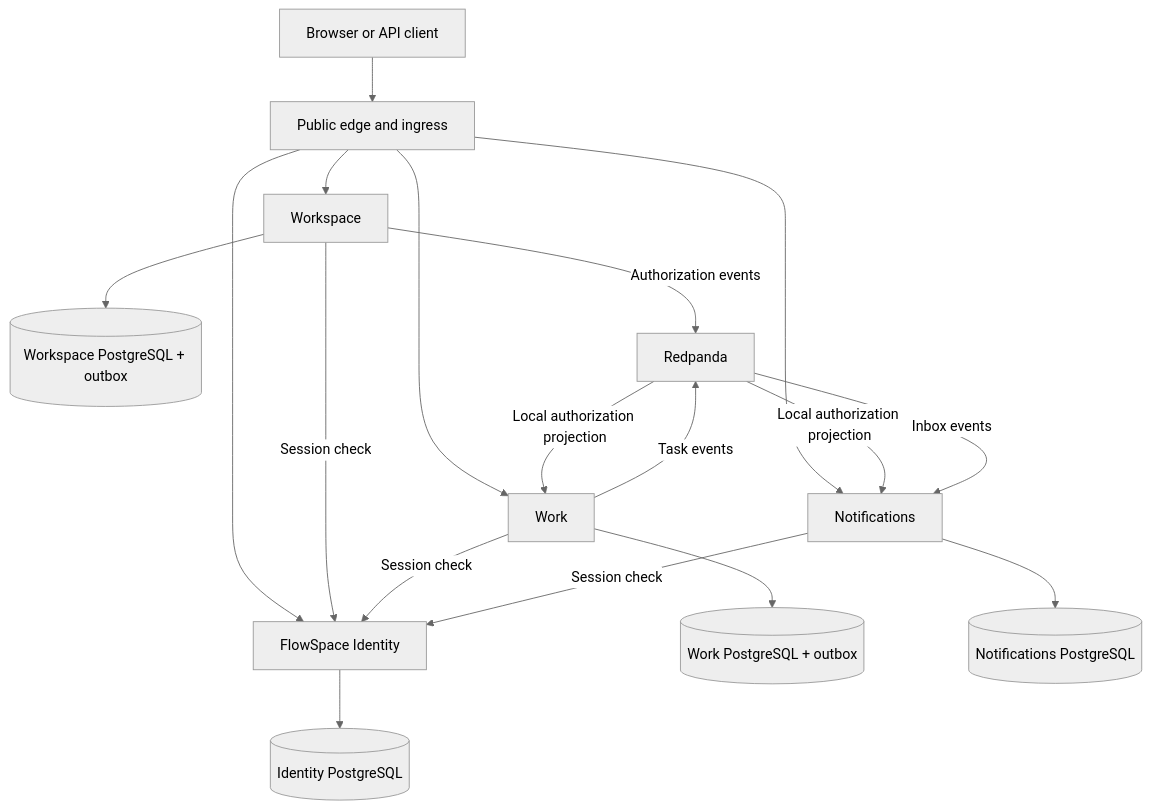
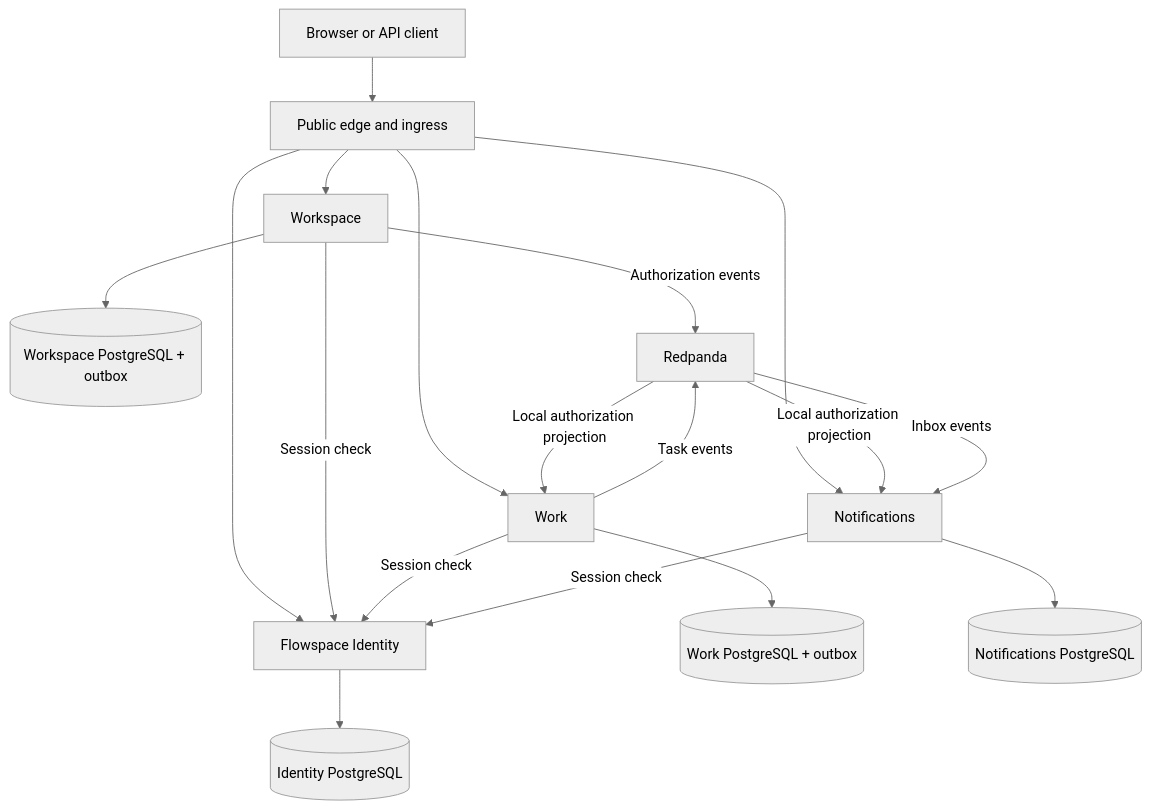
One commit to vasapolrittideah/flowspace-api changed the first of 2 diagrams in docs/architecture.md. Above: the diagram before and after it, drawn with Mermaid (neutral theme). The commit also changed other lines of this file and 34 other files, not shown here.

Commit message:
chore: spell the project name as Flowspace

````diff
--- a/docs/architecture.md
+++ b/docs/architecture.md
@@ -71,23 +71,23 @@
 ```mermaid
 flowchart TD
     Client[Browser or API client] --> Edge[Public edge and ingress]
-    Edge --> Identity[FlowSpace Identity]
+    Edge --> Identity[Flowspace Identity]
     Edge --> Workspace[Workspace]
     Edge --> Work[Work]
     Edge --> Notifications[Notifications]
 
     Workspace --> WorkspaceDB[(Workspace PostgreSQL + outbox)]
     Work --> WorkDB[(Work PostgreSQL + outbox)]
     Notifications --> NotificationsDB[(Notifications PostgreSQL)]
     Identity --> IdentityDB[(Identity PostgreSQL)]
 
     Workspace -->|Session check| Identity
     Work -->|Session check| Identity
     Notifications -->|Session check| Identity
 
     Workspace -->|Authorization events| Events[Redpanda]
     Events -->|Local authorization projection| Work
     Events -->|Local authorization projection| Notifications
     Work -->|Task events| Events
     Events -->|Inbox events| Notifications
 ```
````
